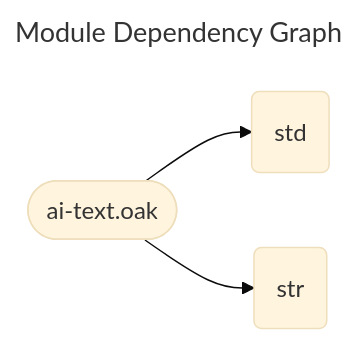
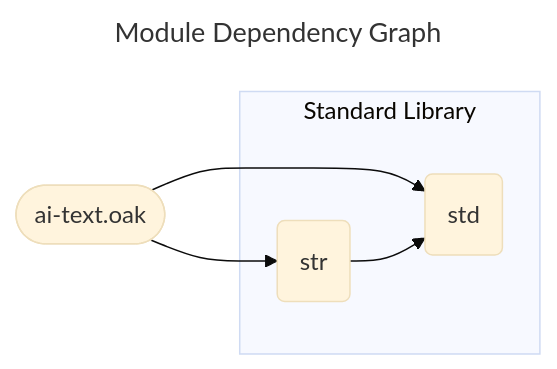
The diagram in docs/spec/ai-text.mmd (SpcFORK/magnolia), drawn with Mermaid (base theme) before and after one commit. The commit also changed 176 other files, not shown here.

First line of the commit message:
Enhance module dependency graphs and improve rendering logic

```diff
--- a/docs/spec/ai-text.mmd
+++ b/docs/spec/ai-text.mmd
@@ -1,9 +1,12 @@
 ---
 title: Module Dependency Graph
 ---
 flowchart LR
     lib_ai_text_oak(["ai-text.oak"])
-    std("std")
-    str("str")
     lib_ai_text_oak --> std
     lib_ai_text_oak --> str
+    str --> std
+    subgraph stdlib_core ["Standard Library"]
+        std("std")
+        str("str")
+    end
```
